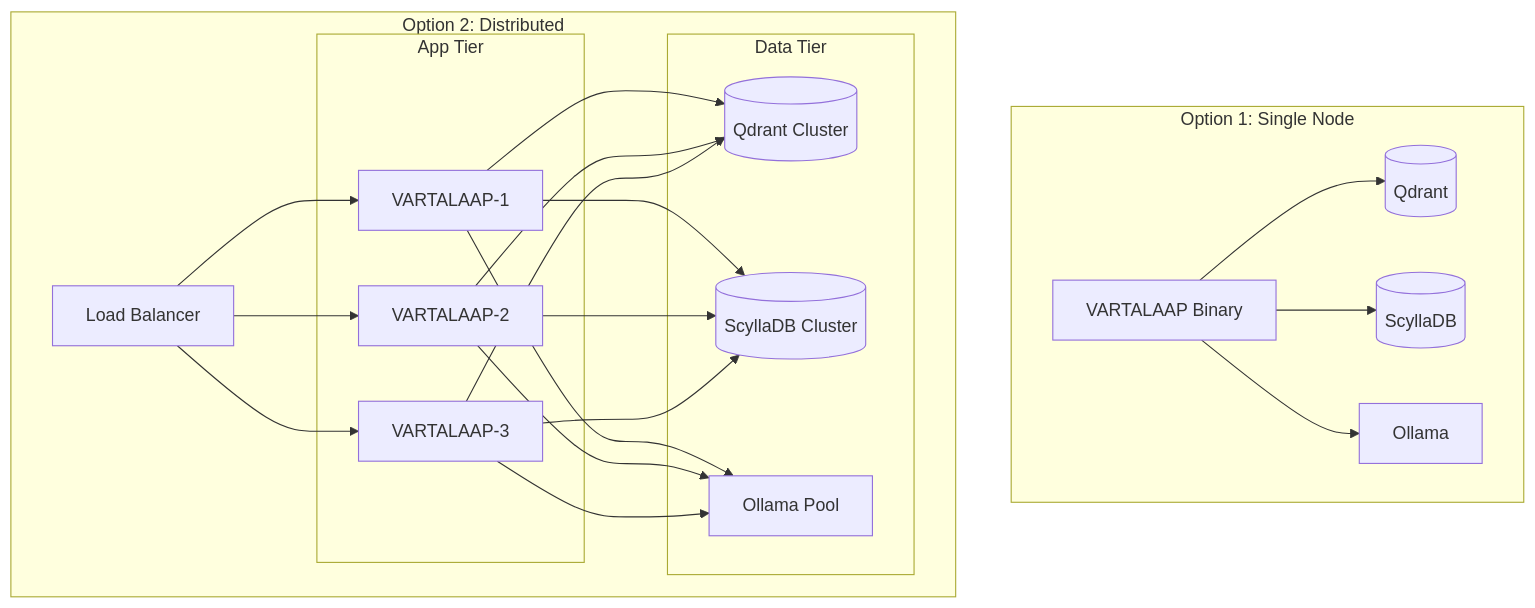
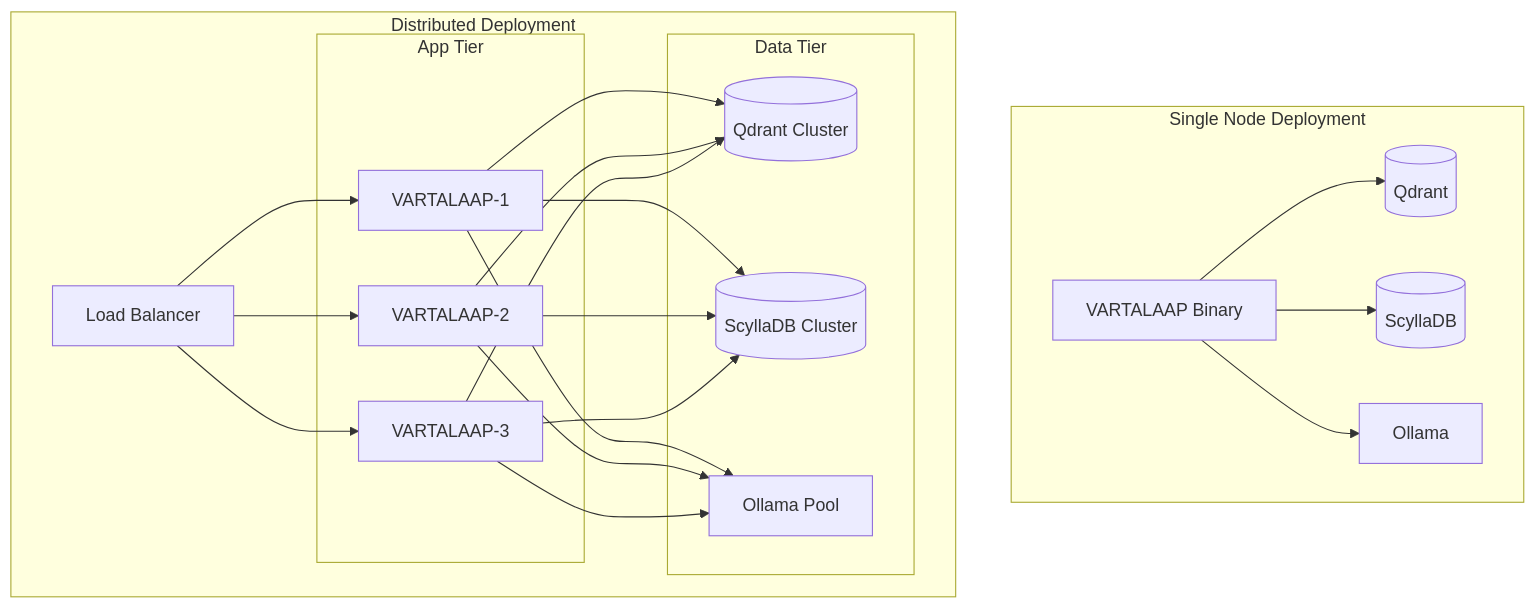
The fourth of 6 diagrams in README.md (ayushmaanbhav/Voice-Activated-Autonomous-Knowledge-System), drawn with Mermaid before and after one commit. The commit also changed other lines of this file, not shown here.

First line of the commit message:
fix(docs): correct mermaid diagram syntax for GitHub rendering

````diff
--- a/README.md
+++ b/README.md
@@ -586,45 +586,45 @@
 ```mermaid
 graph TB
-    subgraph "Option 1: Single Node"
+    subgraph Single[Single Node Deployment]
         SN_APP[VARTALAAP Binary]
         SN_QD[(Qdrant)]
         SN_SC[(ScyllaDB)]
         SN_OL[Ollama]
 
         SN_APP --> SN_QD
         SN_APP --> SN_SC
         SN_APP --> SN_OL
     end
 
-    subgraph "Option 2: Distributed"
+    subgraph Distributed[Distributed Deployment]
         LB[Load Balancer]
 
-        subgraph "App Tier"
+        subgraph AppTier[App Tier]
             APP1[VARTALAAP-1]
             APP2[VARTALAAP-2]
             APP3[VARTALAAP-3]
         end
 
-        subgraph "Data Tier"
+        subgraph DataTier[Data Tier]
             QD[(Qdrant Cluster)]
             SC[(ScyllaDB Cluster)]
             OL[Ollama Pool]
         end
 
         LB --> APP1
         LB --> APP2
         LB --> APP3
 
         APP1 --> QD
         APP2 --> QD
         APP3 --> QD
 
         APP1 --> SC
         APP2 --> SC
         APP3 --> SC
 
         APP1 --> OL
         APP2 --> OL
         APP3 --> OL
     end
 ```
````
